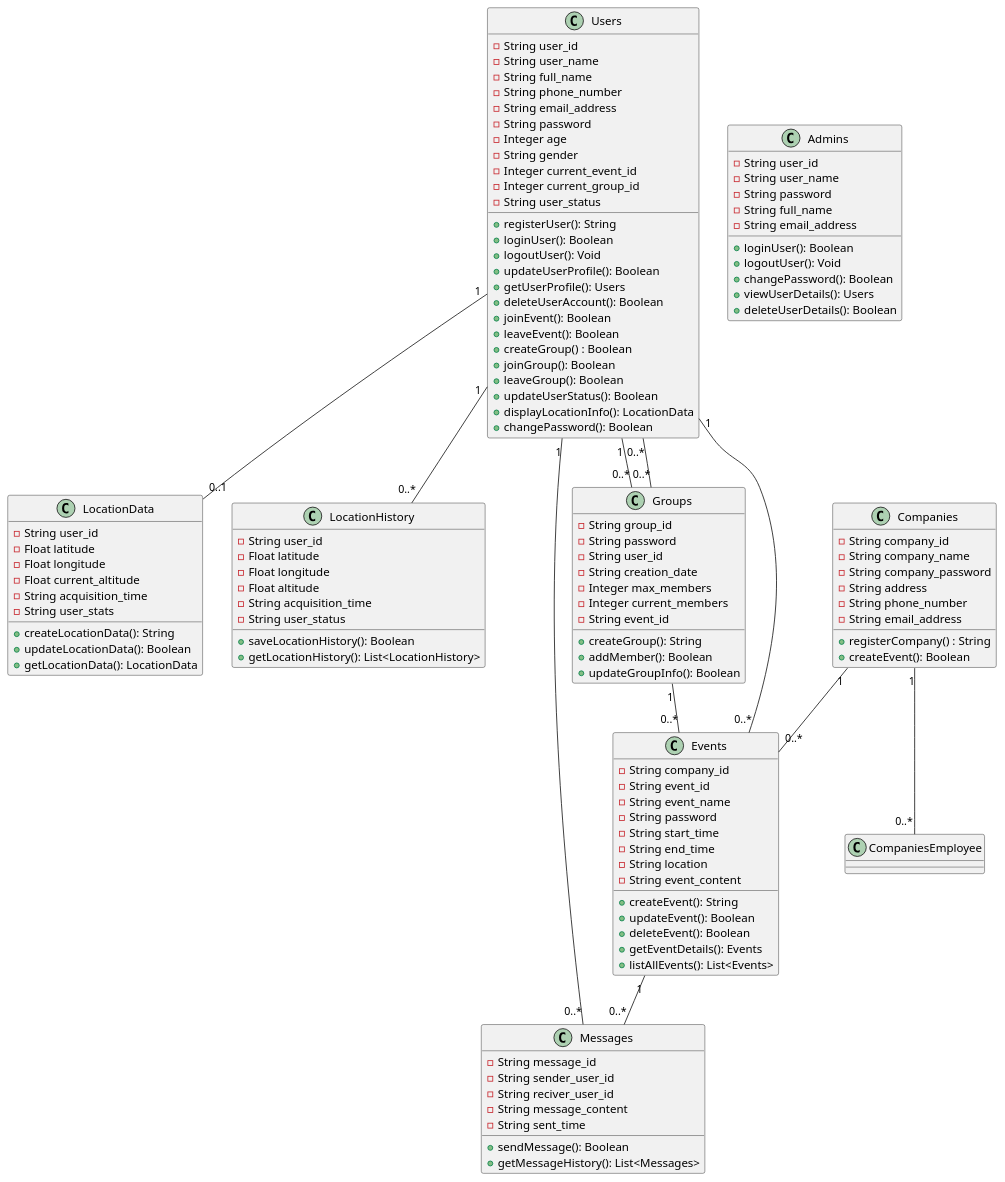
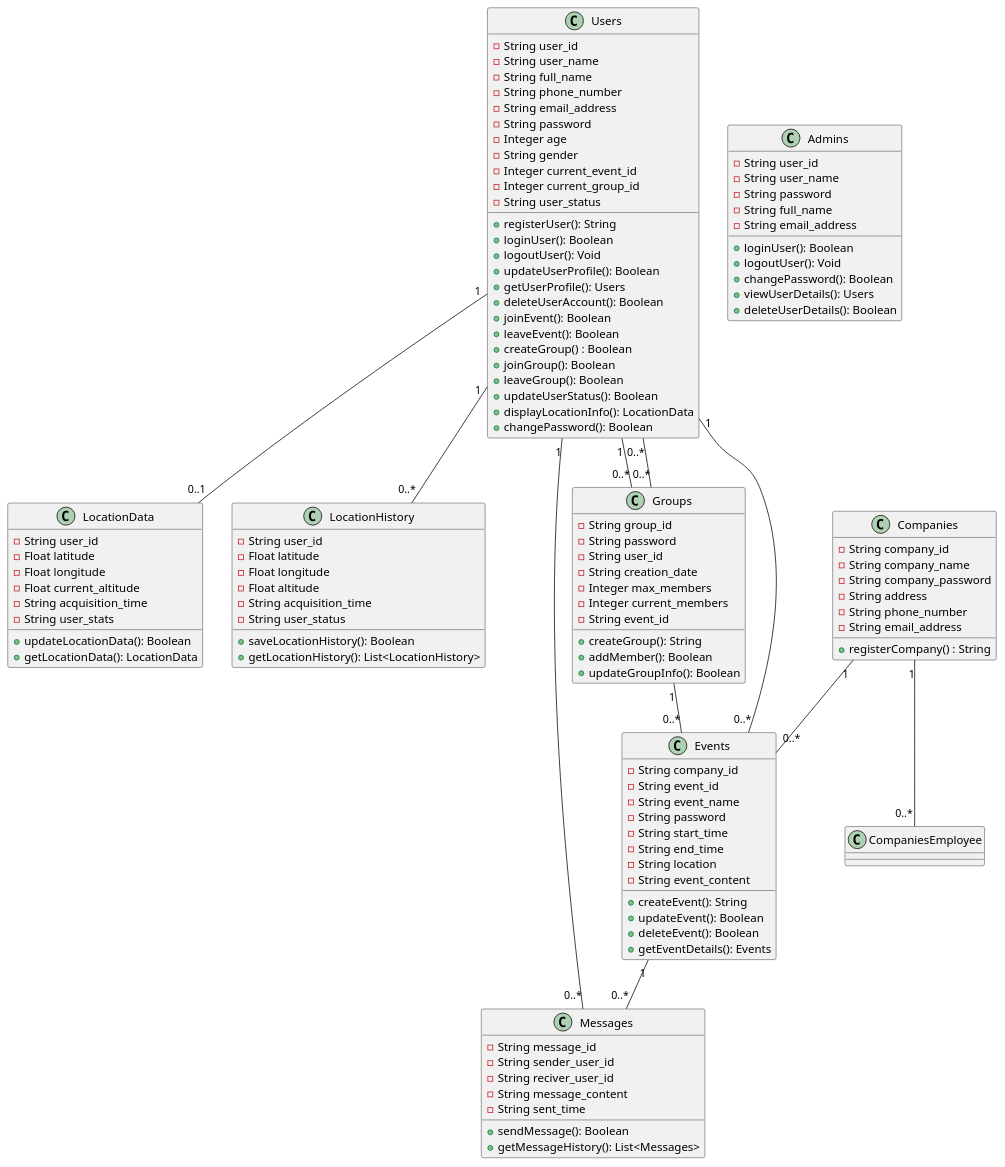
Before and after one commit to ksw2270227/GroupF: the diagram in F_class.plantuml, drawn with PlantUML.

```diff
--- a/F_class.plantuml
+++ b/F_class.plantuml
@@ -1,139 +1,136 @@
 @startuml
 
 class Users {
     - String user_id
     - String user_name
     - String full_name
     - String phone_number
     - String email_address
     - String password
     - Integer age
     - String gender
     - Integer current_event_id
     - Integer current_group_id
     - String user_status
 
     + registerUser(): String
     + loginUser(): Boolean
     + logoutUser(): Void
     + updateUserProfile(): Boolean
     + getUserProfile(): Users
     + deleteUserAccount(): Boolean
     + joinEvent(): Boolean
     + leaveEvent(): Boolean
     + createGroup() : Boolean
     + joinGroup(): Boolean
     + leaveGroup(): Boolean
     + updateUserStatus(): Boolean
     + displayLocationInfo(): LocationData
     + changePassword(): Boolean
 }
 
 class Admins {
     - String user_id
     - String user_name
     - String password
     - String full_name
     - String email_address
 
     + loginUser(): Boolean
     + logoutUser(): Void
     + changePassword(): Boolean
     + viewUserDetails(): Users
     + deleteUserDetails(): Boolean
 }
 
 class Companies {
     - String company_id
     - String company_name
     - String company_password
     - String address
     - String phone_number
     - String email_address
 
     + registerCompany() : String
-    + createEvent(): Boolean
 }
 
 class Events {
     - String company_id
     - String event_id
     - String event_name
     - String password
     - String start_time
     - String end_time
     - String location
     - String event_content
 
     + createEvent(): String
     + updateEvent(): Boolean
     + deleteEvent(): Boolean
     + getEventDetails(): Events
-    + listAllEvents(): List<Events>
 }
 
 class LocationData {
     - String user_id
     - Float latitude
     - Float longitude
     - Float current_altitude
     - String acquisition_time
     - String user_stats
 
-    + createLocationData(): String
     + updateLocationData(): Boolean
     + getLocationData(): LocationData
 }
 
 class LocationHistory {
     - String user_id
     - Float latitude
     - Float longitude
     - Float altitude
     - String acquisition_time
     - String user_status
 
     + saveLocationHistory(): Boolean
     + getLocationHistory(): List<LocationHistory>
 }
 
 class Messages {
     - String message_id
     - String sender_user_id
     - String reciver_user_id
     - String message_content
     - String sent_time
 
     + sendMessage(): Boolean
     + getMessageHistory(): List<Messages>
 }
 
 class Groups {
     - String group_id
     - String password
     - String user_id
     - String creation_date
     - Integer max_members
     - Integer current_members
     - String event_id
 
     + createGroup(): String
     + addMember(): Boolean
     + updateGroupInfo(): Boolean
 }
 
 ' 関連（has-a 関係）
 Users "1" -- "0..*" Groups
 Users "1" -- "0..*" Events
 Users "1" -- "0..*" Messages
 Users "1" -- "0..1" LocationData
 Users "1" -- "0..*" LocationHistory
 
 Groups "0..*" -- "0..*" Users
 Groups "1" -- "0..*" Events
 
 Companies "1" -- "0..*" Events
 Companies "1" -- "0..*" CompaniesEmployee
 
 Events "1" -- "0..*" Messages
 @enduml
```
